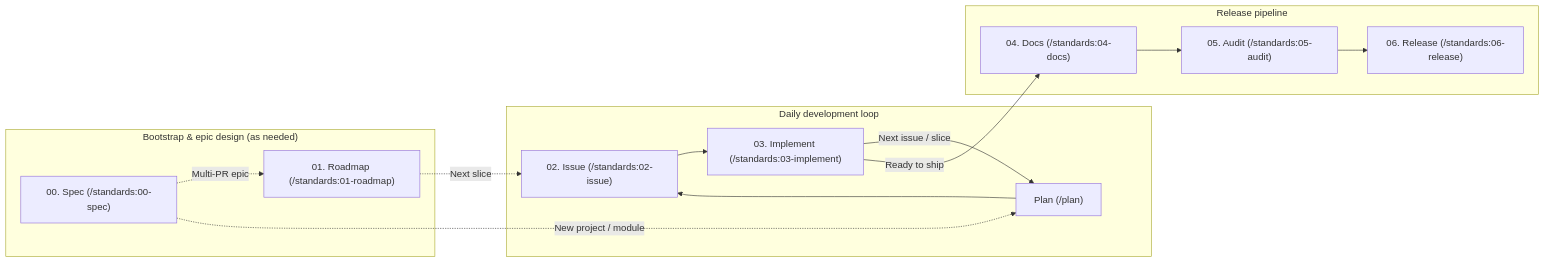
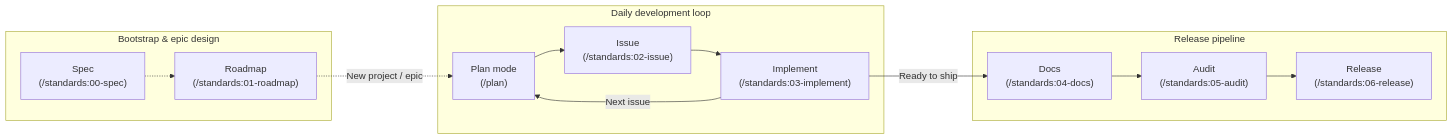
The diagram in README.md (bvarnai/agy-standards), drawn with Mermaid before and after one commit.

Commit message:
docs(readme): simplify workflow diagram layout

````diff
--- a/README.md
+++ b/README.md
@@ -28,19 +28,18 @@
 ```mermaid
 flowchart LR
-    subgraph Upfront ["Bootstrap & epic design (as needed)"]
-        Spec["00. Spec (/standards:00-spec)"] -.->|"Multi-PR epic"| Roadmap["01. Roadmap (/standards:01-roadmap)"]
+    subgraph Upfront ["Bootstrap & epic design"]
+        Spec["Spec<br/>(/standards:00-spec)"] -.-> Roadmap["Roadmap<br/>(/standards:01-roadmap)"]
     end
 
     subgraph Daily ["Daily development loop"]
-        Plan["Plan (/plan)"] --> Issue["02. Issue (/standards:02-issue)"] --> Impl["03. Implement (/standards:03-implement)"]
+        Plan["Plan mode<br/>(/plan)"] --> Issue["Issue<br/>(/standards:02-issue)"] --> Code["Implement<br/>(/standards:03-implement)"]
     end
 
     subgraph Ship ["Release pipeline"]
-        Docs["04. Docs (/standards:04-docs)"] --> Audit["05. Audit (/standards:05-audit)"] --> Release["06. Release (/standards:06-release)"]
+        Docs["Docs<br/>(/standards:04-docs)"] --> Audit["Audit<br/>(/standards:05-audit)"] --> Release["Release<br/>(/standards:06-release)"]
     end
 
-    Spec -.->|"New project / module"| Plan
-    Roadmap -.->|"Next slice"| Issue
-    Impl -->|"Next issue / slice"| Plan
-    Impl -->|"Ready to ship"| Docs
+    Roadmap -.->|"New project / epic"| Plan
+    Code -->|"Next issue"| Plan
+    Code -->|"Ready to ship"| Docs
 ```
````
